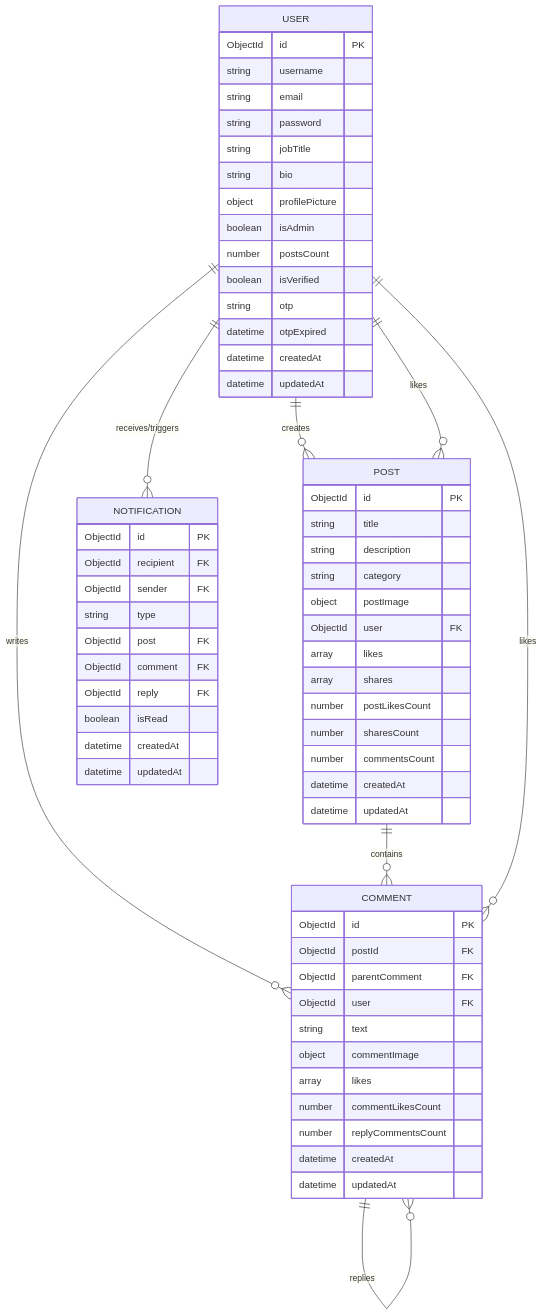
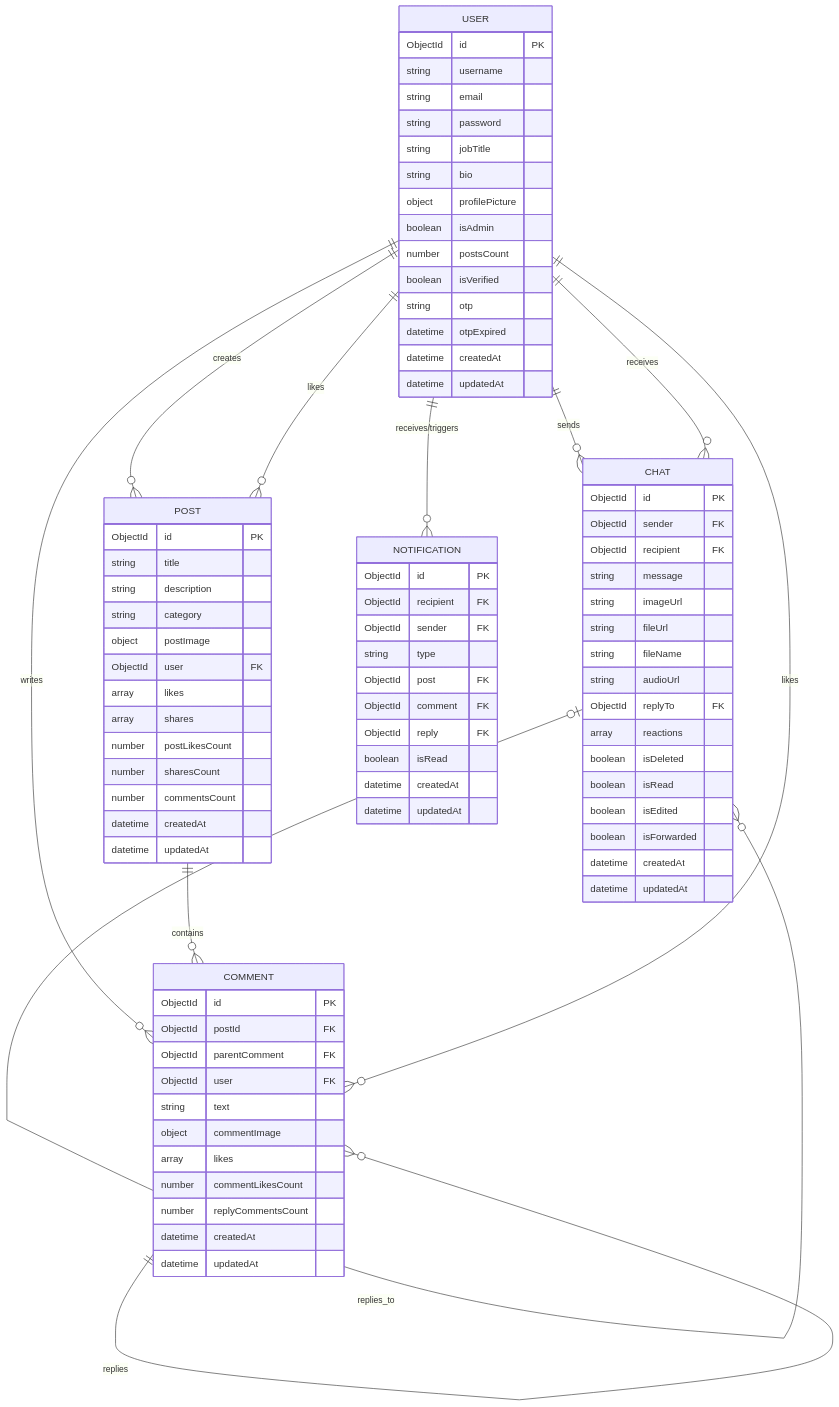
The diagram in backend/README.md (EmadAhmed6/Fluxion), drawn with Mermaid before and after one commit. The commit also changed other lines of this file and 16 other files, not shown here.

Commit message:
added reply , forward, audio messages for chat & refactoring api error handler

```diff
--- a/backend/README.md
+++ b/backend/README.md
@@ -62,6 +71,9 @@
     USER ||--o{ COMMENT : "writes"
     POST ||--o{ COMMENT : "contains"
     COMMENT ||--o{ COMMENT : "replies"
+    USER ||--o{ CHAT : "sends"
+    USER ||--o{ CHAT : "receives"
+    CHAT o|--o{ CHAT : "replies_to"
     USER ||--o{ POST : "likes"
     USER ||--o{ COMMENT : "likes"
     USER ||--o{ NOTIFICATION : "receives/triggers"
@@ -113,6 +125,25 @@
         datetime updatedAt
     }
 
+    CHAT {
+        ObjectId id PK
+        ObjectId sender FK
+        ObjectId recipient FK
+        string message
+        string imageUrl
+        string fileUrl
+        string fileName
+        string audioUrl
+        ObjectId replyTo FK
+        array reactions
+        boolean isDeleted
+        boolean isRead
+        boolean isEdited
+        boolean isForwarded
+        datetime createdAt
+        datetime updatedAt
+    }
+
     NOTIFICATION {
         ObjectId id PK
         ObjectId recipient FK
```
